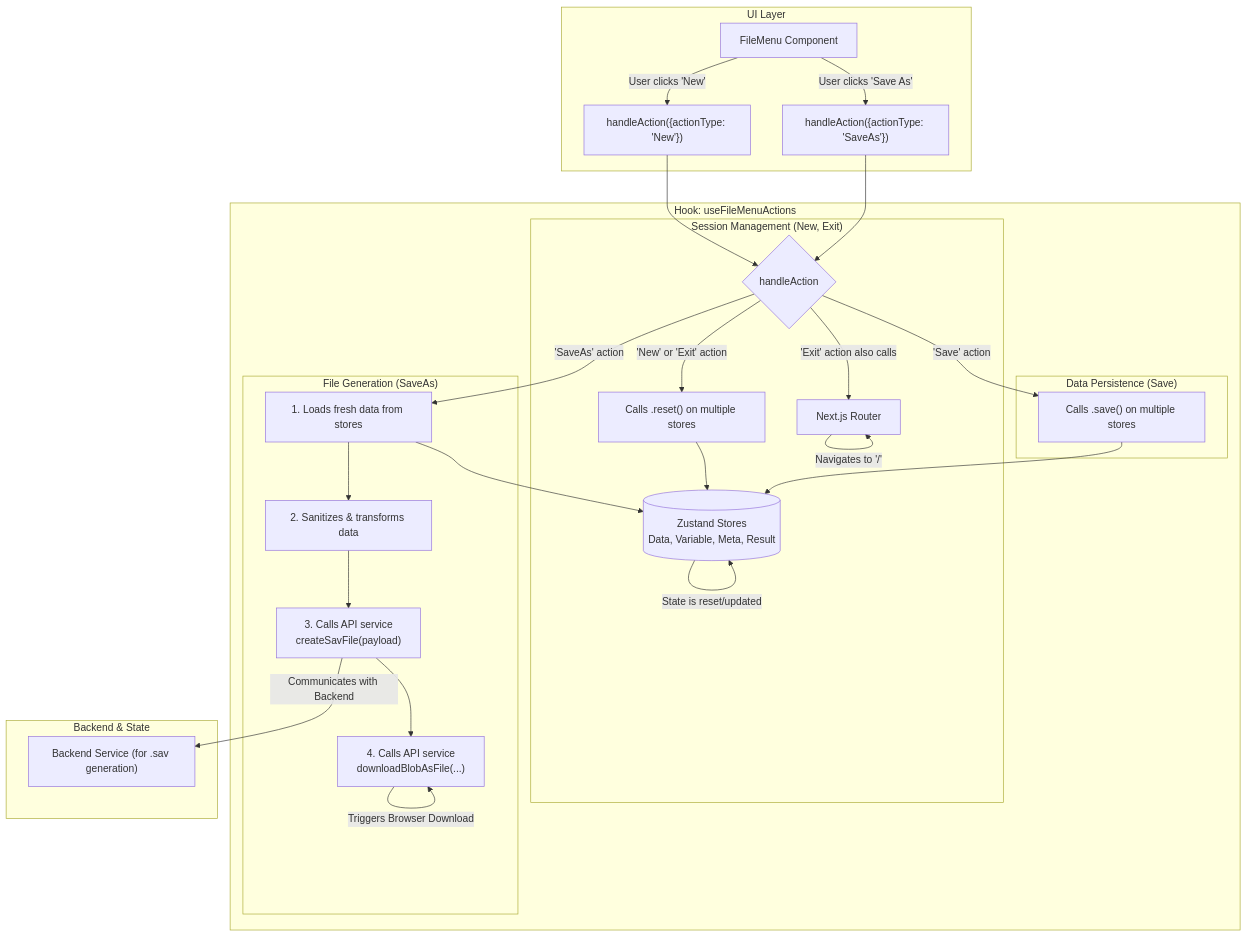
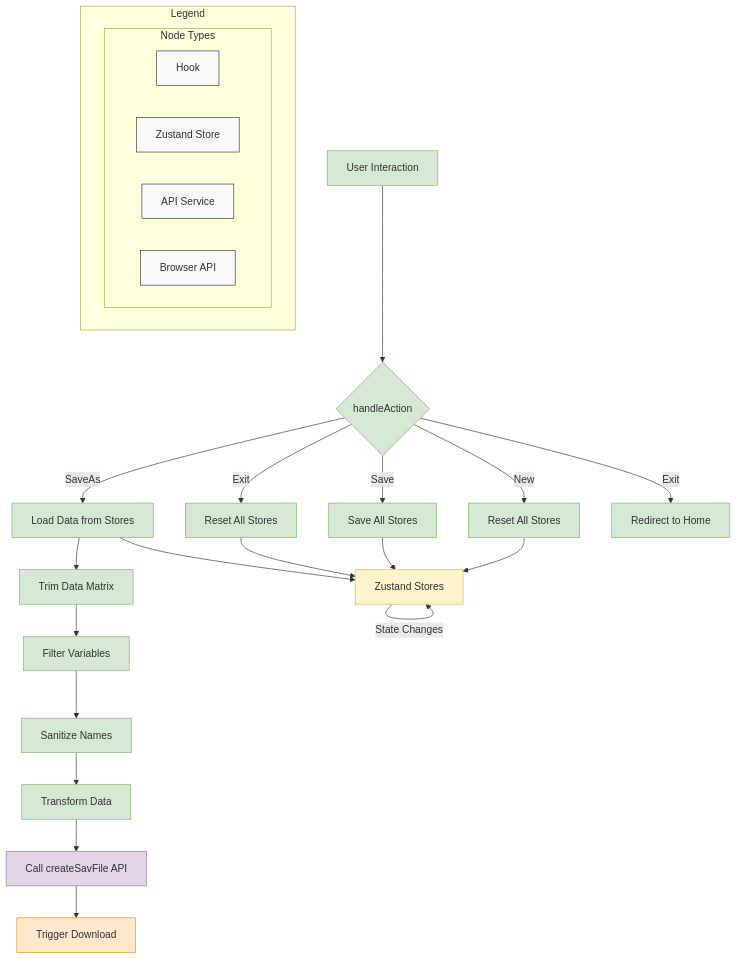
The diagram in frontend/components/Modals/File/hooks/README.md (wilskk/statify), drawn with Mermaid before and after one commit. The commit also changed other lines of this file and 13 other files, not shown here.

````diff
--- a/frontend/components/Modals/File/hooks/README.md
+++ b/frontend/components/Modals/File/hooks/README.md
@@ -28,38 +50,45 @@
 ```mermaid
-graph TD
-    subgraph "UI Layer"
-        A["FileMenu Component"] -- "User clicks 'New'" --> B["handleAction({actionType: 'New'})"];
-        A -- "User clicks 'Save As'" --> C["handleAction({actionType: 'SaveAs'})"];
-    end
-
-    subgraph "Hook: useFileMenuActions"
-        B --> D{"handleAction"};
-        C --> D;
-
-        subgraph "Session Management (New, Exit)"
-             D -- "'New' or 'Exit' action" --> E["Calls .reset() on multiple stores"];
-             E --> F[("Zustand Stores<br/>Data, Variable, Meta, Result")];
-             D -- "'Exit' action also calls" --> G[Next.js Router];
-        end
-
-        subgraph "File Generation (SaveAs)"
-            D -- "'SaveAs' action" --> H["1. Loads fresh data from stores"];
-            H --> F;
-            H --> I["2. Sanitizes & transforms data"];
-            I --> J["3. Calls API service<br/>createSavFile(payload)"];
-            J --> K["4. Calls API service<br/>downloadBlobAsFile(...)"];
-        end
-
-         subgraph "Data Persistence (Save)"
-            D -- "'Save' action" --> L["Calls .save() on multiple stores"];
-            L --> F;
+flowchart TD
+    A[User Interaction] --> B{handleAction};
+    B -- "New" --> C[Reset All Stores];
+    B -- "Save" --> D[Save All Stores];
+    B -- "SaveAs" --> E[Load Data from Stores];
+    B -- "Exit" --> F[Reset All Stores];
+    B -- "Exit" --> G[Redirect to Home];
+    
+    E --> H[Trim Data Matrix];
+    H --> I[Filter Variables];
+    I --> J[Sanitize Names];
+    J --> K[Transform Data];
+    K --> L[Call createSavFile API];
+    L --> M[Trigger Download];
+    
+    C --> N[Zustand Stores];
+    D --> N;
+    F --> N;
+    E --> N;
+    
+    N -- "State Changes" --> N;
+    
+    subgraph Legend
+        direction LR
+        subgraph Node Types
+            direction LR
+            hook[Hook]:::legend
+            store[Zustand Store]:::legend
+            api[API Service]:::legend
+            browser[Browser API]:::legend
         end
     end
-
-    subgraph "Backend & State"
-        F -- "State is reset/updated" --> F;
-        G -- "Navigates to '/'" --> G;
-        J -- "Communicates with Backend" --> M["Backend Service (for .sav generation)"];
-        K -- "Triggers Browser Download" --> K;
-    end
+    
+    classDef legend fill:#f9f9f9,stroke:#333,stroke-width:1px;
+    classDef hook fill:#d5e8d4,stroke:#82b366;
+    classDef store fill:#fff2cc,stroke:#d6b656;
+    classDef api fill:#e1d5e7,stroke:#9673a6;
+    classDef browser fill:#ffe6cc,stroke:#d79b00;
+    
+    class A,B,C,D,E,F,G,H,I,J,K hook;
+    class N store;
+    class L,M api;
+    class M browser;
 ```
````
